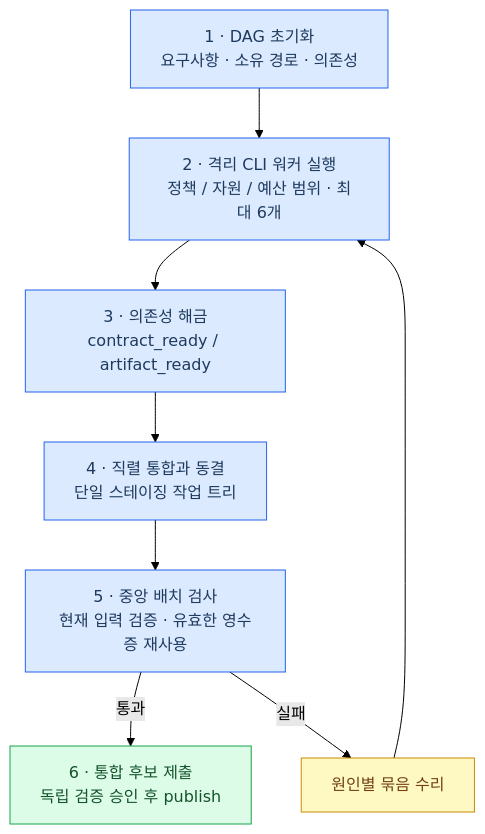
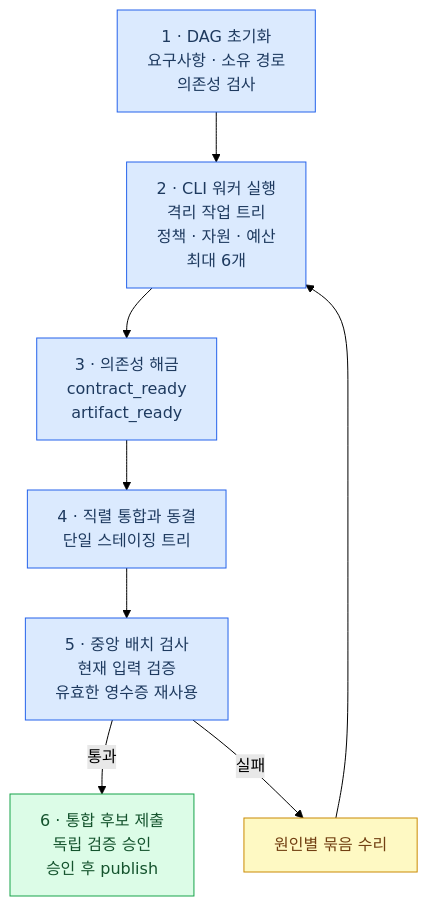
Before and after one commit to jsk1004ha/ADHD: the fifth of 5 diagrams in README.md, drawn with Mermaid (forest theme). The commit also changed 1 other file, not shown here.

Commit message:
docs: improve DAG diagram label wrapping

````diff
--- a/README.md
+++ b/README.md
@@ -312,23 +312,23 @@
 ```mermaid
 flowchart TB
     accTitle: Large task assembly and validation
     accDescr: Requirement-bound tasks run in isolated worktrees, then merge through serial staging and a shared validation batch. Failed batches return to grouped repairs before independent acceptance.
-    initialize["1 · DAG 초기화<br/>요구사항 · 소유 경로 · 의존성"]
-    dispatch["2 · 격리 CLI 워커 실행<br/>정책 / 자원 / 예산 범위 · 최대 6개"]
-    dependencies["3 · 의존성 해금<br/>contract_ready / artifact_ready"]
-    stage["4 · 직렬 통합과 동결<br/>단일 스테이징 작업 트리"]
-    batch["5 · 중앙 배치 검사<br/>현재 입력 검증 · 유효한 영수증 재사용"]
+    initialize["1 · DAG 초기화<br/>요구사항 · 소유 경로<br/>의존성 검사"]
+    dispatch["2 · CLI 워커 실행<br/>격리 작업 트리<br/>정책 · 자원 · 예산<br/>최대 6개"]
+    dependencies["3 · 의존성 해금<br/>contract_ready<br/>artifact_ready"]
+    stage["4 · 직렬 통합과 동결<br/>단일 스테이징 트리"]
+    batch["5 · 중앙 배치 검사<br/>현재 입력 검증<br/>유효한 영수증 재사용"]
     repairs["원인별 묶음 수리"]
-    candidate["6 · 통합 후보 제출<br/>독립 검증 승인 후 publish"]
+    candidate["6 · 통합 후보 제출<br/>독립 검증 승인<br/>승인 후 publish"]
     initialize --> dispatch --> dependencies --> stage --> batch
     batch -->|"통과"| candidate
     batch -->|"실패"| repairs
     repairs --> dispatch
 
     classDef process fill:#dbeafe,stroke:#2563eb,color:#1e3a5f
     classDef warning fill:#fef9c3,stroke:#ca8a04,color:#713f12
     classDef success fill:#dcfce7,stroke:#16a34a,color:#14532d
     class initialize,dispatch,dependencies,stage,batch process
     class repairs warning
     class candidate success
 ```
````
